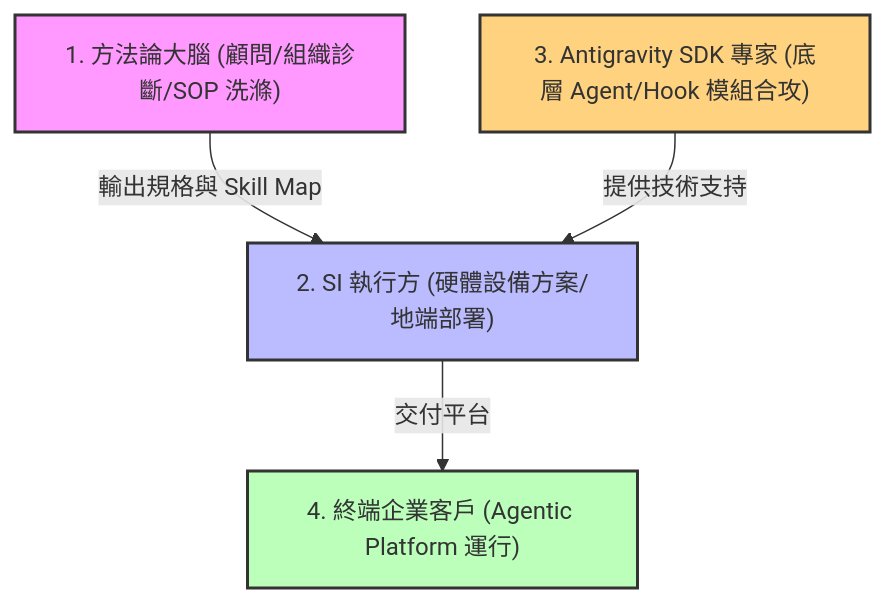
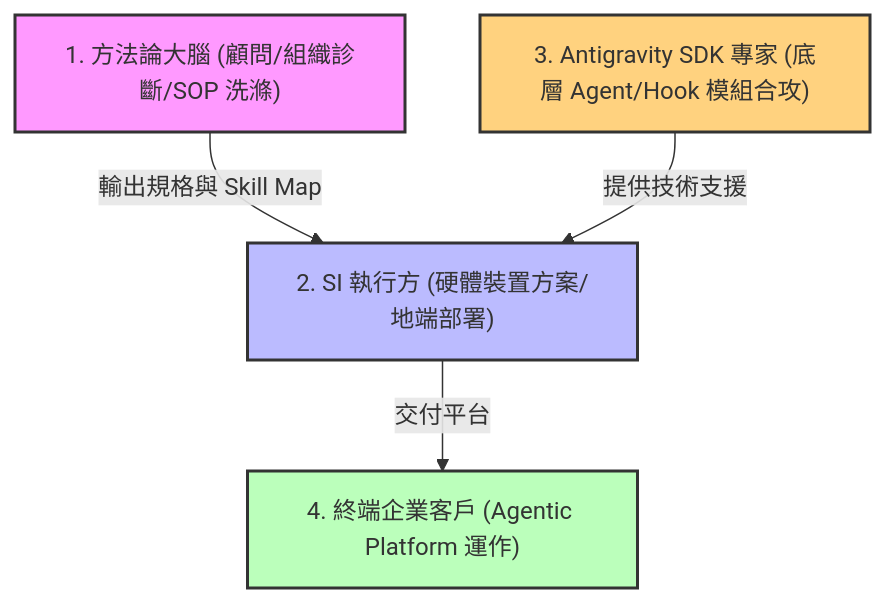
One commit to wuulong/EnterpriseGenAIAdoption changed the diagram in Chapter_6_4.md. Above: the diagram before and after it, drawn with Mermaid. The commit also changed other lines of this file and 30 other files, not shown here.

````diff
--- a/Chapter_6_4.md
+++ b/Chapter_6_4.md
@@ -29,10 +29,10 @@
 ```mermaid
 graph TD
-    A["1. 方法論大腦 (顧問/組織診斷/SOP 洗滌)"] -->|輸出規格與 Skill Map| B["2. SI 執行方 (硬體設備方案/地端部署)"]
-    C["3. Antigravity SDK 專家 (底層 Agent/Hook 模組合攻)"] -->|提供技術支持| B
-    B -->|交付平台| D["4. 終端企業客戶 (Agentic Platform 運行)"]
+    A["1. 方法論大腦 (顧問/組織診斷/SOP 洗滌)"] -->|輸出規格與 Skill Map| B["2. SI 執行方 (硬體裝置方案/地端部署)"]
+    C["3. Antigravity SDK 專家 (底層 Agent/Hook 模組合攻)"] -->|提供技術支援| B
+    B -->|交付平台| D["4. 終端企業客戶 (Agentic Platform 運作)"]
     style A fill:#f9f,stroke:#333,stroke-width:2px
     style B fill:#bbf,stroke:#333,stroke-width:2px
     style C fill:#ffd27f,stroke:#333,stroke-width:2px
     style D fill:#bfb,stroke:#333,stroke-width:2px
 ```
````
